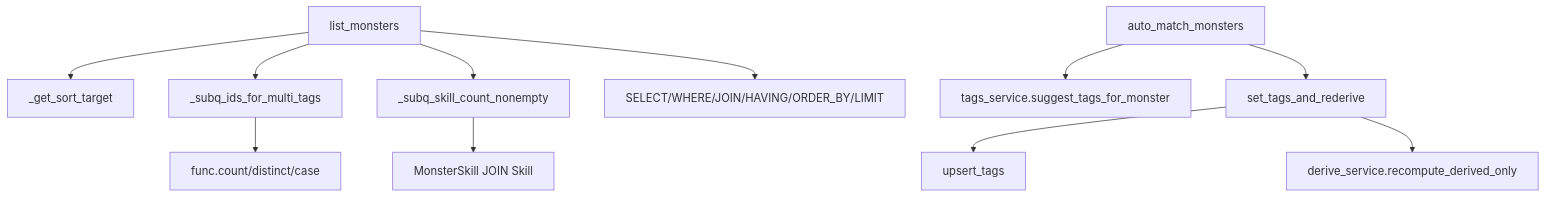
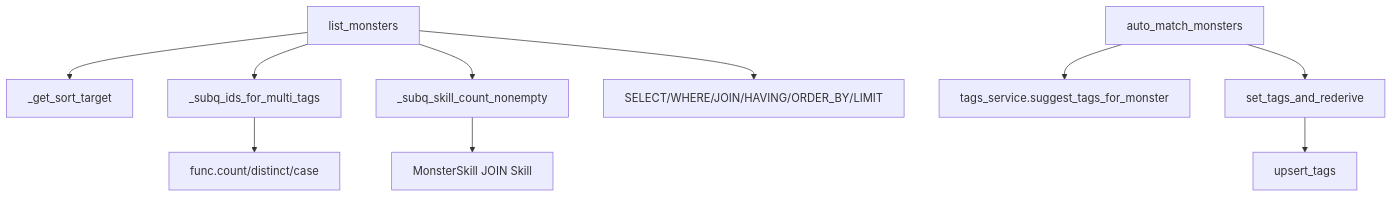
One commit to MGX-LJY/kbxy-monsters-pro changed the diagram in docs/files/summaries/server/app/services/monsters_service.py.md. Above: the diagram before and after it, drawn with Mermaid. The commit also changed other lines of this file and 9 other files, not shown here.

````diff
--- a/docs/files/summaries/server/app/services/monsters_service.py.md
+++ b/docs/files/summaries/server/app/services/monsters_service.py.md
@@ -61,13 +61,13 @@
 ```mermaid
 graph TD
     A[list_monsters] --> B[_get_sort_target]
     A --> C[_subq_ids_for_multi_tags]
     A --> D[_subq_skill_count_nonempty]
     E[set_tags_and_rederive] --> F[upsert_tags]
-    E --> G[derive_service.recompute_derived_only]
+
     H[auto_match_monsters] --> I[tags_service.suggest_tags_for_monster]
     H --> E
     C --> J[func.count/distinct/case]
     D --> K[MonsterSkill JOIN Skill]
     A --> L[SELECT/WHERE/JOIN/HAVING/ORDER_BY/LIMIT]
 ```
````
